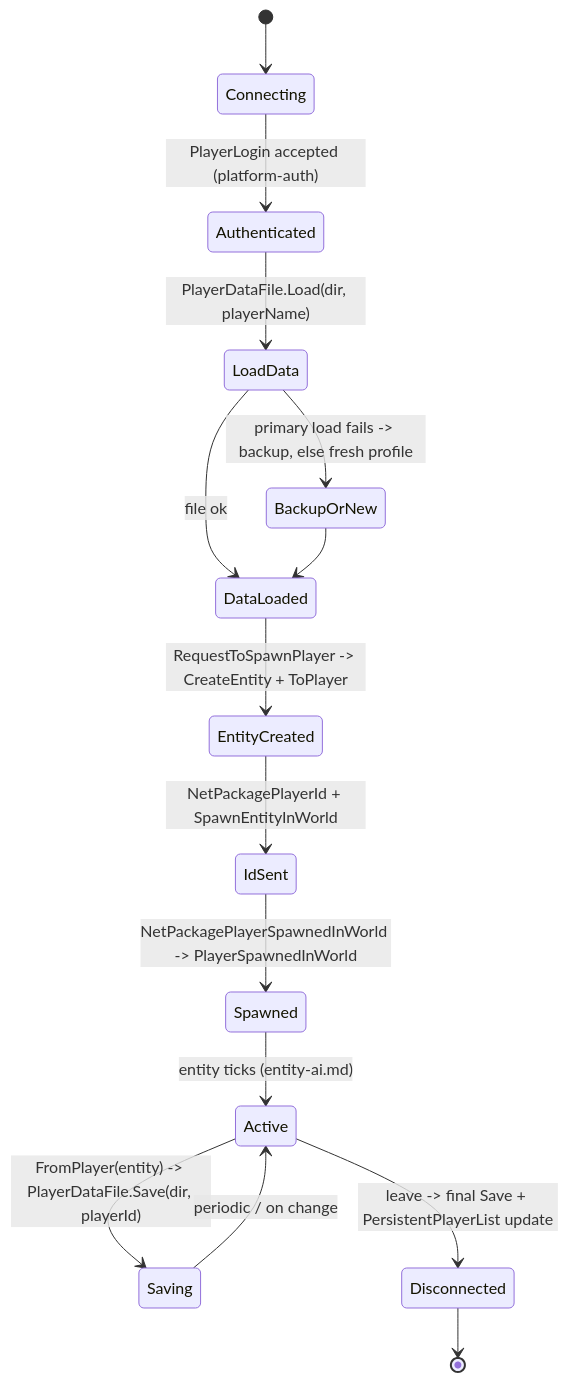
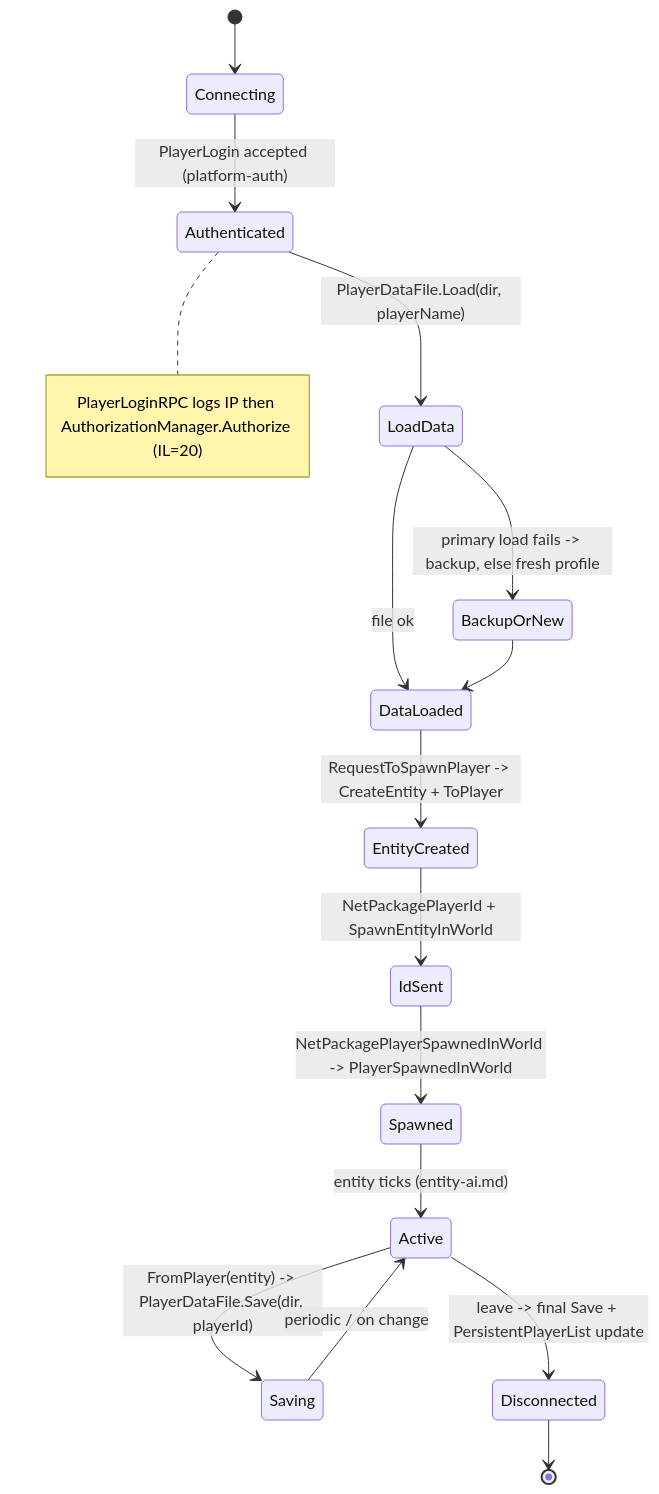
One commit to hordeforge/7dtd-engine-research changed the third of 4 diagrams in docs/server-lifecycle.md. Above: the diagram before and after it, drawn with Mermaid. The commit also changed 7 other files, not shown here.

````diff
--- a/docs/server-lifecycle.md
+++ b/docs/server-lifecycle.md
@@ -105,17 +105,18 @@
 ```mermaid
 stateDiagram-v2
   [*] --> Connecting
   Connecting --> Authenticated: PlayerLogin accepted (platform-auth)
+  note right of Authenticated: PlayerLoginRPC logs IP then AuthorizationManager.Authorize (IL=20)
   Authenticated --> LoadData: PlayerDataFile.Load(dir, playerName)
   LoadData --> DataLoaded: file ok
   LoadData --> BackupOrNew: primary load fails -> backup, else fresh profile
   BackupOrNew --> DataLoaded
   DataLoaded --> EntityCreated: RequestToSpawnPlayer -> CreateEntity + ToPlayer
   EntityCreated --> IdSent: NetPackagePlayerId + SpawnEntityInWorld
   IdSent --> Spawned: NetPackagePlayerSpawnedInWorld -> PlayerSpawnedInWorld
   Spawned --> Active: entity ticks (entity-ai.md)
   Active --> Saving: FromPlayer(entity) -> PlayerDataFile.Save(dir, playerId)
   Saving --> Active: periodic / on change
   Active --> Disconnected: leave -> final Save + PersistentPlayerList update
   Disconnected --> [*]
 ```
````
